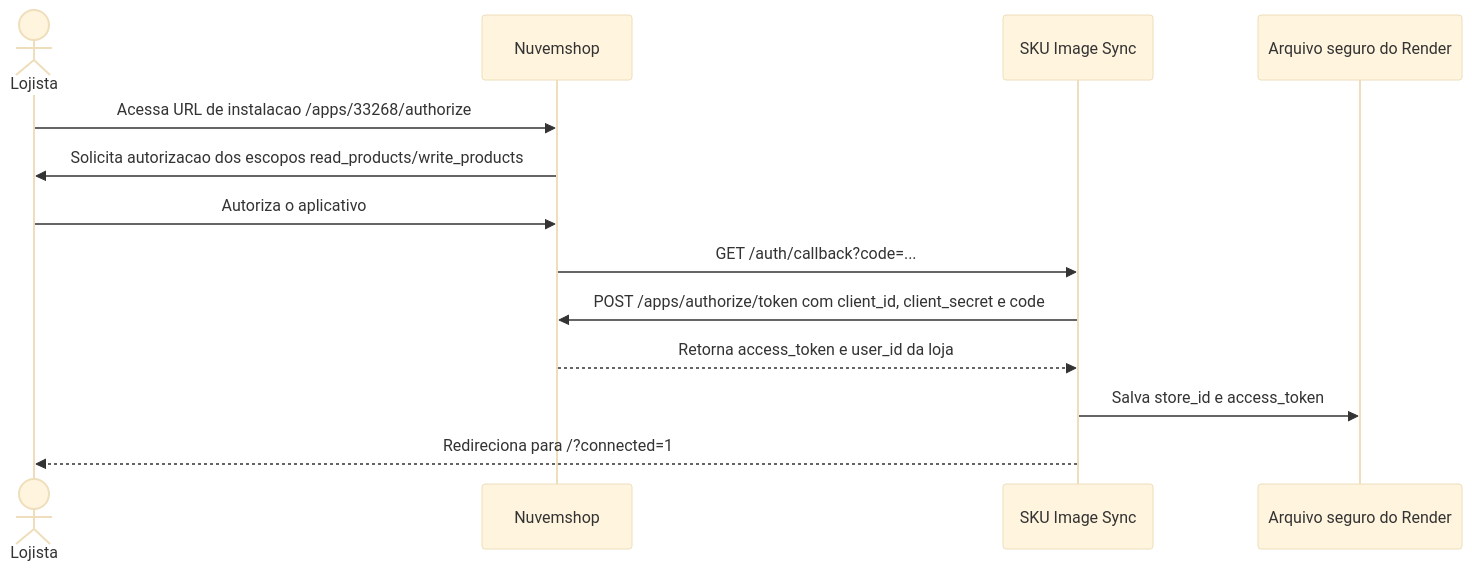
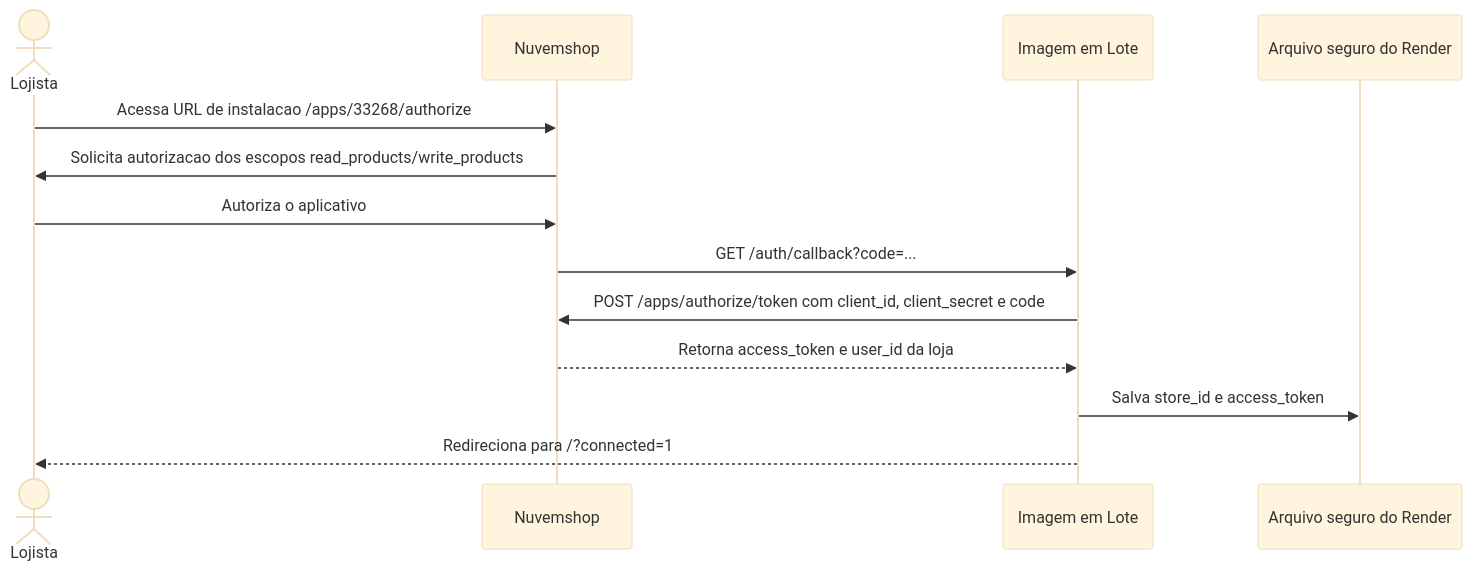
One commit to elidadutra187/SKU-Image-Sync changed the first of 6 diagrams in homologation-artifacts/sequence-diagram.md. Above: the diagram before and after it, drawn with Mermaid (base theme). The commit also changed other lines of this file and 14 other files, not shown here.

First line of the commit message:
Renomeia aplicativo para Imagem em Lote e atualiza domínio (#2)

````diff
--- a/homologation-artifacts/sequence-diagram.md
+++ b/homologation-artifacts/sequence-diagram.md
@@ -14,16 +14,16 @@
 ```mermaid
 sequenceDiagram
     actor Lojista
     participant NS as Nuvemshop
-    participant App as SKU Image Sync
+    participant App as Imagem em Lote
     participant Store as Arquivo seguro do Render
 
     Lojista->>NS: Acessa URL de instalacao /apps/33268/authorize
     NS->>Lojista: Solicita autorizacao dos escopos read_products/write_products
     Lojista->>NS: Autoriza o aplicativo
     NS->>App: GET /auth/callback?code=...
     App->>NS: POST /apps/authorize/token com client_id, client_secret e code
     NS-->>App: Retorna access_token e user_id da loja
     App->>Store: Salva store_id e access_token
     App-->>Lojista: Redireciona para /?connected=1
 ```
````
